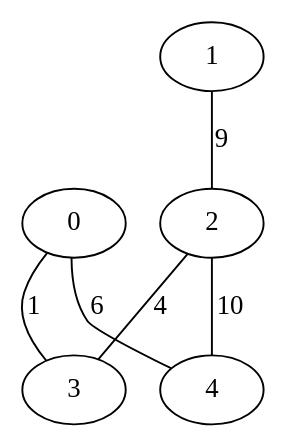
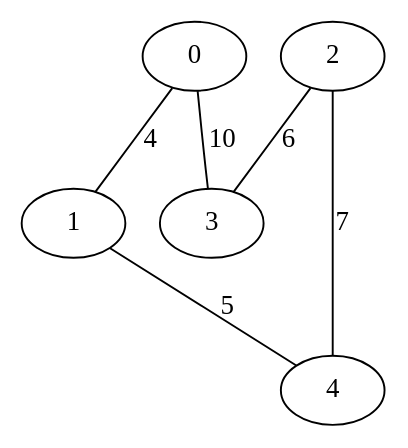
Before and after one commit to iagomcanuto/tecnicas-programacao-avancada: the diagram in grafos/output/grafo.dot, drawn with Graphviz. The commit also changed 3 other files, not shown here.

```diff
--- a/grafos/output/grafo.dot
+++ b/grafos/output/grafo.dot
@@ -1,12 +1,12 @@
 graph Grafo{
 0;
 1;
 2;
 3;
 4;
-0--3 [weight=1, label=1]
-0--4 [weight=6, label=6]
-1--2 [weight=9, label=9]
-2--3 [weight=4, label=4]
-2--4 [weight=10, label=10]
+0--3 [weight=10, label=10]
+0--1 [weight=4, label=4]
+1--4 [weight=5, label=5]
+2--3 [weight=6, label=6]
+2--4 [weight=7, label=7]
 }
```
